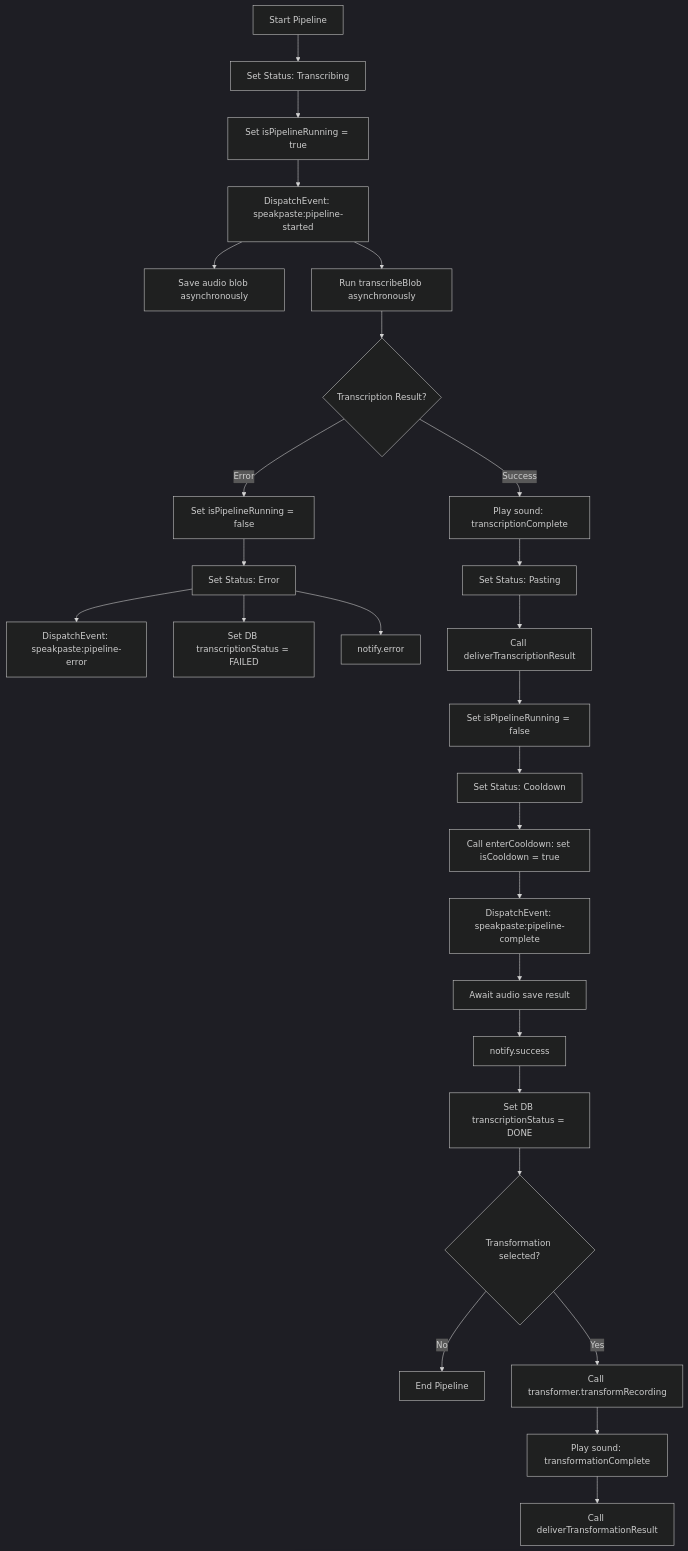
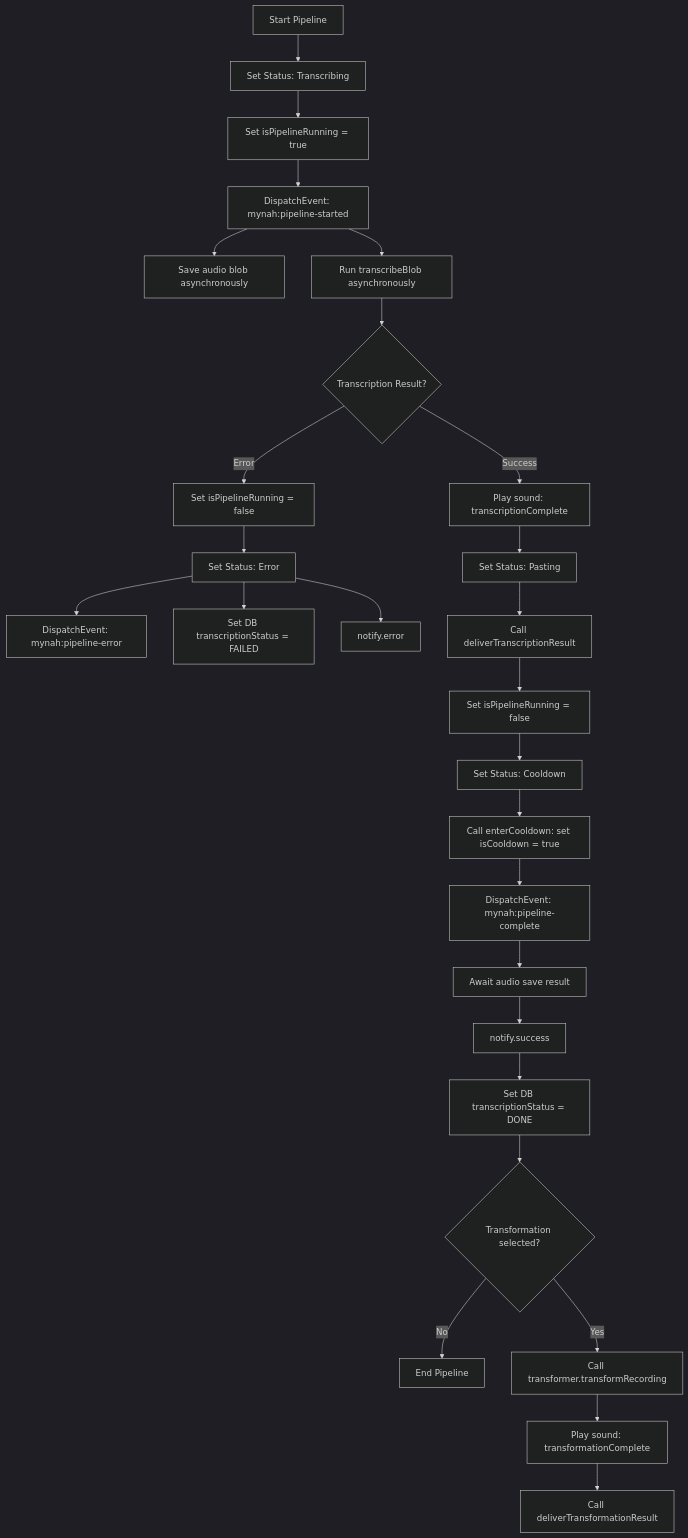
The fourth of 5 diagrams in apps/speakpaste/docs/product/ANTIGRAVITY_ACTIONS_PIPELINE_SIDE_EFFECT_MAP.md (teachme-ai/speakpaste), drawn with Mermaid (dark theme) before and after one commit. The commit also changed other lines of this file and 112 other files, not shown here.

````diff
--- a/apps/speakpaste/docs/product/ANTIGRAVITY_ACTIONS_PIPELINE_SIDE_EFFECT_MAP.md
+++ b/apps/speakpaste/docs/product/ANTIGRAVITY_ACTIONS_PIPELINE_SIDE_EFFECT_MAP.md
@@ -164,30 +164,30 @@
 ```mermaid
 graph TD
     A[Start Pipeline] --> B[Set Status: Transcribing]
     B --> C[Set isPipelineRunning = true]
-    C --> D[DispatchEvent: speakpaste:pipeline-started]
+    C --> D[DispatchEvent: mynah:pipeline-started]
     D --> E[Save audio blob asynchronously]
     D --> F[Run transcribeBlob asynchronously]
     F --> G{Transcription Result?}
     G -- Error --> H[Set isPipelineRunning = false]
     H --> I[Set Status: Error]
-    I --> J[DispatchEvent: speakpaste:pipeline-error]
+    I --> J[DispatchEvent: mynah:pipeline-error]
     I --> K[Set DB transcriptionStatus = FAILED]
     I --> L[notify.error]
     
     G -- Success --> M[Play sound: transcriptionComplete]
     M --> N[Set Status: Pasting]
     N --> O[Call deliverTranscriptionResult]
     O --> P[Set isPipelineRunning = false]
     P --> Q[Set Status: Cooldown]
     Q --> R[Call enterCooldown: set isCooldown = true]
-    R --> S[DispatchEvent: speakpaste:pipeline-complete]
+    R --> S[DispatchEvent: mynah:pipeline-complete]
     S --> T[Await audio save result]
     T --> U[notify.success]
     U --> V[Set DB transcriptionStatus = DONE]
     V --> W{Transformation selected?}
     W -- No --> X[End Pipeline]
     W -- Yes --> Y[Call transformer.transformRecording]
     Y --> Z[Play sound: transformationComplete]
     Z --> AA[Call deliverTransformationResult]
 ```
````
